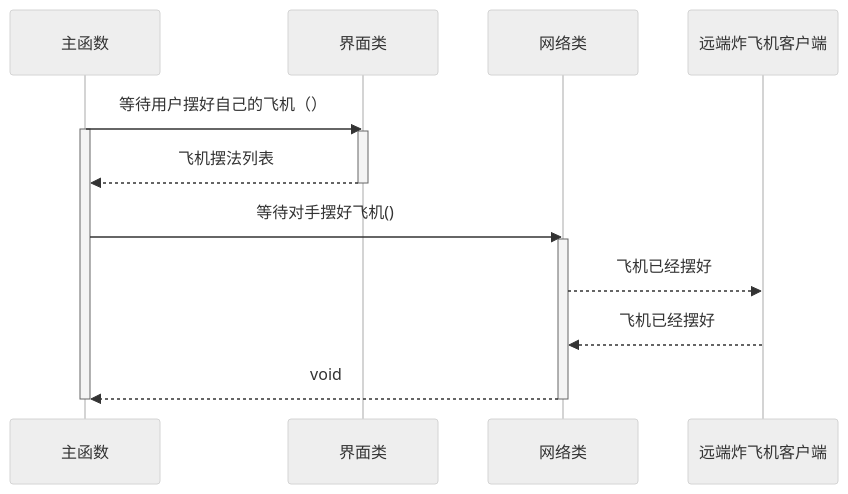
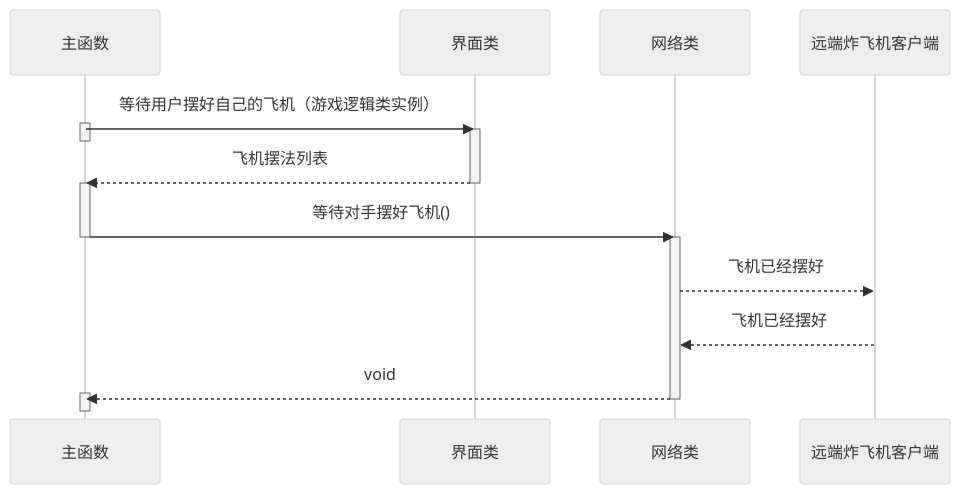
The third of 5 diagrams in README.md (li6in9muyou/bomb-airfield-game), drawn with Mermaid (neutral theme) before and after one commit. The commit also changed other lines of this file, not shown here.

Commit message:
文档：恢复到之前的设计，交互界面类用一个游戏逻辑类判断摆法是否合理

````diff
--- a/README.md
+++ b/README.md
@@ -203,21 +203,25 @@
 ```mermaid
 sequenceDiagram
 
 participant main as 主函数
 participant ui as 界面类
 participant socket as 网络类
 participant remote as 远端炸飞机客户端
 
-main ->> ui: 等待用户摆好自己的飞机（）
+main ->> ui: 等待用户摆好自己的飞机（游戏逻辑类实例）
 activate main
+deactivate main
 activate ui
 ui -->> main: 飞机摆法列表
 deactivate ui
+activate main
 main ->> socket: 等待对手摆好飞机()
+deactivate main
 activate socket
 socket -->> remote: 飞机已经摆好
 remote -->> socket: 飞机已经摆好
 socket -->> main: void
 deactivate socket
+activate main
 deactivate main
 ```
````
